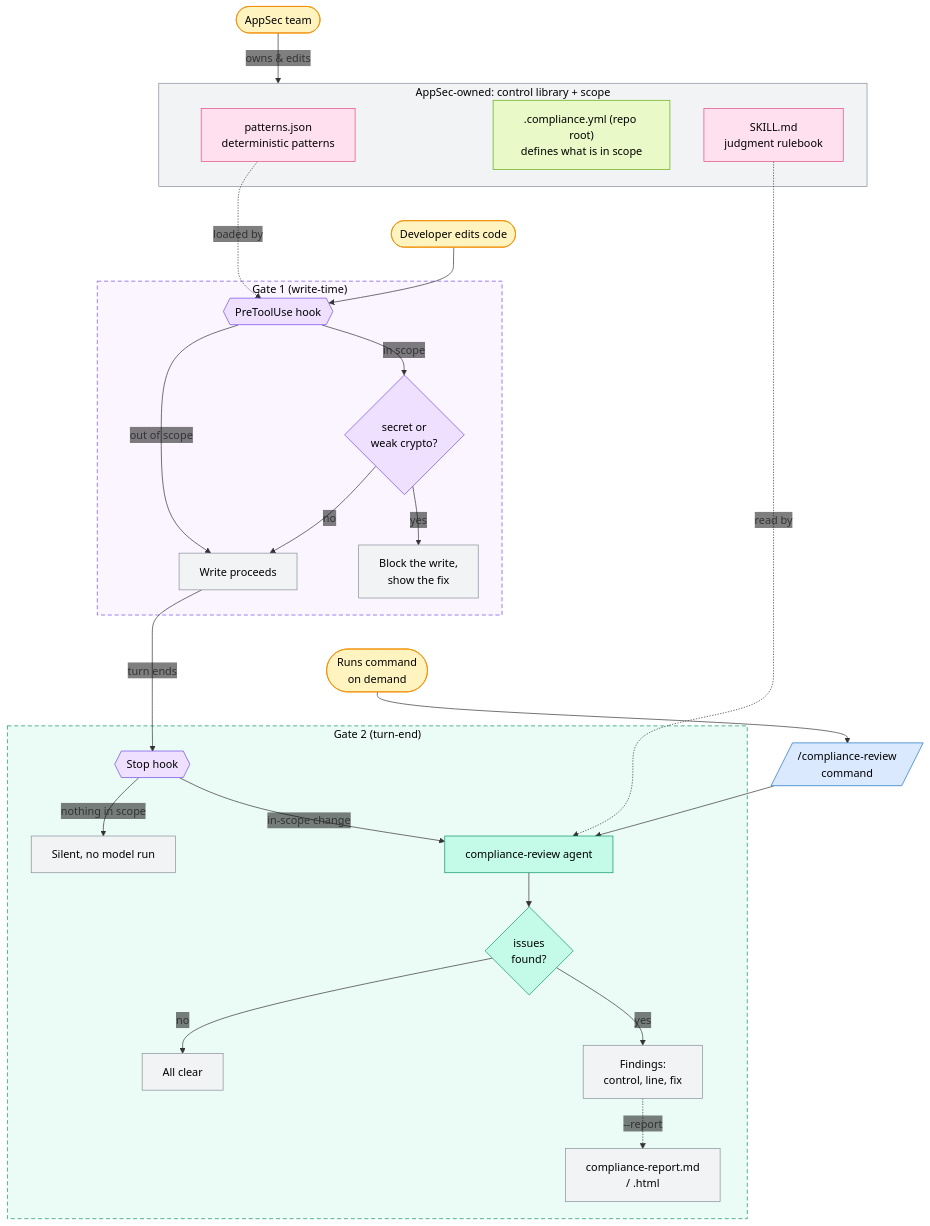
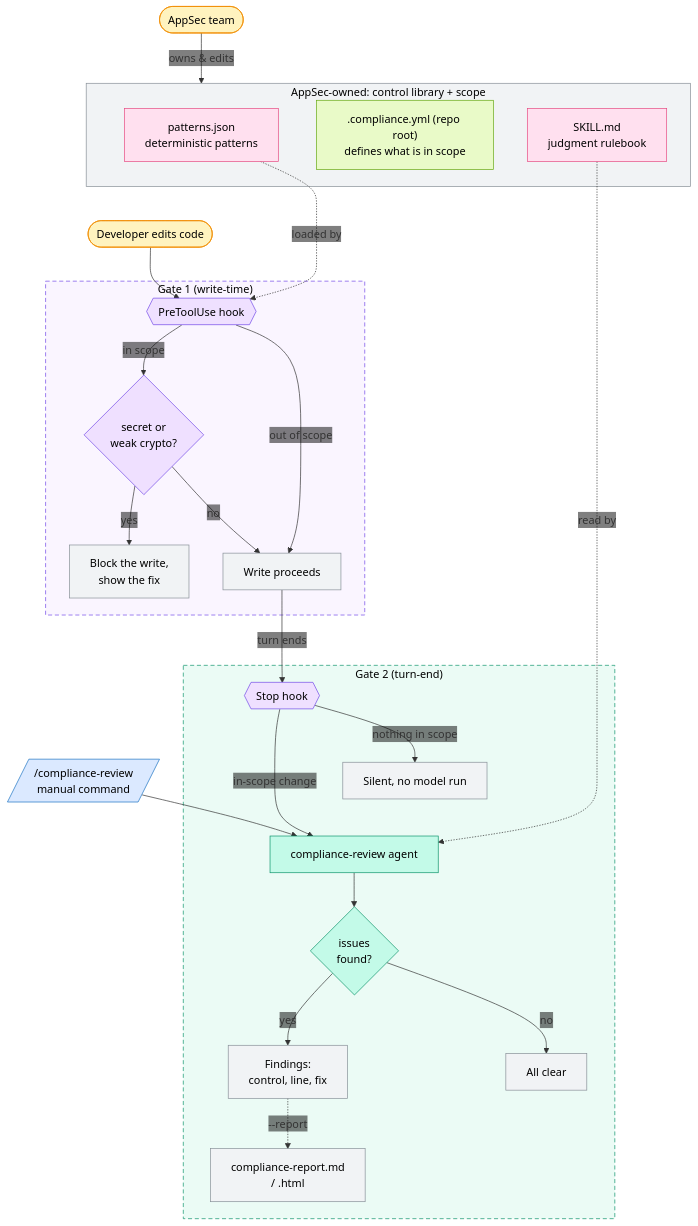
One commit to Juantomasgomez7/compliance-support changed the second of 2 diagrams in README.md. Above: the diagram before and after it, drawn with Mermaid.

Commit message:
docs: collapse the on-demand command to one node, level with the agent
The two-node chain (human bubble -> command) gave the router two nodes
to place and two long edges to arc over Gate 2. It is now a single
'/compliance-review manual command' node, rank-pinned via H2 so it sits
level with the agent and its edge enters from the right.

````diff
--- a/README.md
+++ b/README.md
@@ -74,65 +74,64 @@
 ```mermaid
 %%{init: {'themeVariables': {'edgeLabelBackground': 'transparent'}}}%%
 flowchart TD
     classDef human fill:#fff3bf,stroke:#f08c00,color:#000000
     classDef hook fill:#efe0ff,stroke:#7048e8,color:#000000
     classDef agent fill:#c3fae8,stroke:#099268,color:#000000
     classDef skill fill:#ffe0ef,stroke:#e64980,color:#000000
     classDef command fill:#dbe9ff,stroke:#1971c2,color:#000000
     classDef state fill:#f1f3f5,stroke:#868e96,color:#000000
     classDef config fill:#e9fac8,stroke:#66a80f,color:#000000
 
     APPSEC(["AppSec team"]) -->|"owns & edits"| CL
     subgraph CL["AppSec-owned: control library + scope"]
         PATT["patterns.json<br/>deterministic patterns"]
         SCOPE[".compliance.yml (repo root)<br/>defines what is in scope"]
         SKILLMD["SKILL.md<br/>judgment rulebook"]
     end
     CL ~~~ DEV([Developer edits code])
 
     subgraph G1["Gate 1 (write-time)"]
         H1{{"PreToolUse hook"}}
         VIOL{"secret or<br/>weak crypto?"}
         SAVE["Write proceeds"]
         BLOCK["Block the write,<br/>show the fix"]
     end
 
     subgraph G2["Gate 2 (turn-end)"]
         H2{{"Stop hook"}}
         SILENT["Silent, no model run"]
         AGENT["compliance-review agent"]
         REVIEW{"issues<br/>found?"}
         CLEAN["All clear"]
         OUT["Findings:<br/>control, line, fix"]
         REPORT["compliance-report.md<br/>/ .html"]
     end
 
     DEV --> H1
     PATT -.->|"loaded by"| H1
     H1 -->|"out of scope"| SAVE
     H1 -->|"in scope"| VIOL
     VIOL -->|"no"| SAVE
     VIOL -->|"yes"| BLOCK
     SAVE -->|"turn ends"| H2
     H2 -->|"nothing in scope"| SILENT
     H2 -->|"in-scope change"| AGENT
-    RUN(["Runs command<br/>on demand"]) --> CMD[/"/compliance-review<br/>command"/]
-    SAVE ~~~ RUN
+    H2 ~~~ CMD[/"/compliance-review<br/>manual command"/]
     CMD --> AGENT
     SKILLMD -.->|"read by"| AGENT
     AGENT --> REVIEW
     REVIEW -->|"no"| CLEAN
     REVIEW -->|"yes"| OUT
     OUT -.->|"--report"| REPORT
 
-    class DEV,APPSEC,RUN human
+    class DEV,APPSEC human
     class H1,H2,VIOL hook
     class AGENT,REVIEW agent
     class PATT,SKILLMD skill
     class SCOPE config
     class CMD command
     class BLOCK,SAVE,SILENT,OUT,CLEAN,REPORT state
     style CL fill:#f1f3f5,stroke:#868e96,color:#000000
     style G1 fill:#faf5ff,stroke:#7048e8,stroke-dasharray:6 4,color:#000000
     style G2 fill:#ebfbf5,stroke:#099268,stroke-dasharray:6 4,color:#000000
 ```
````
